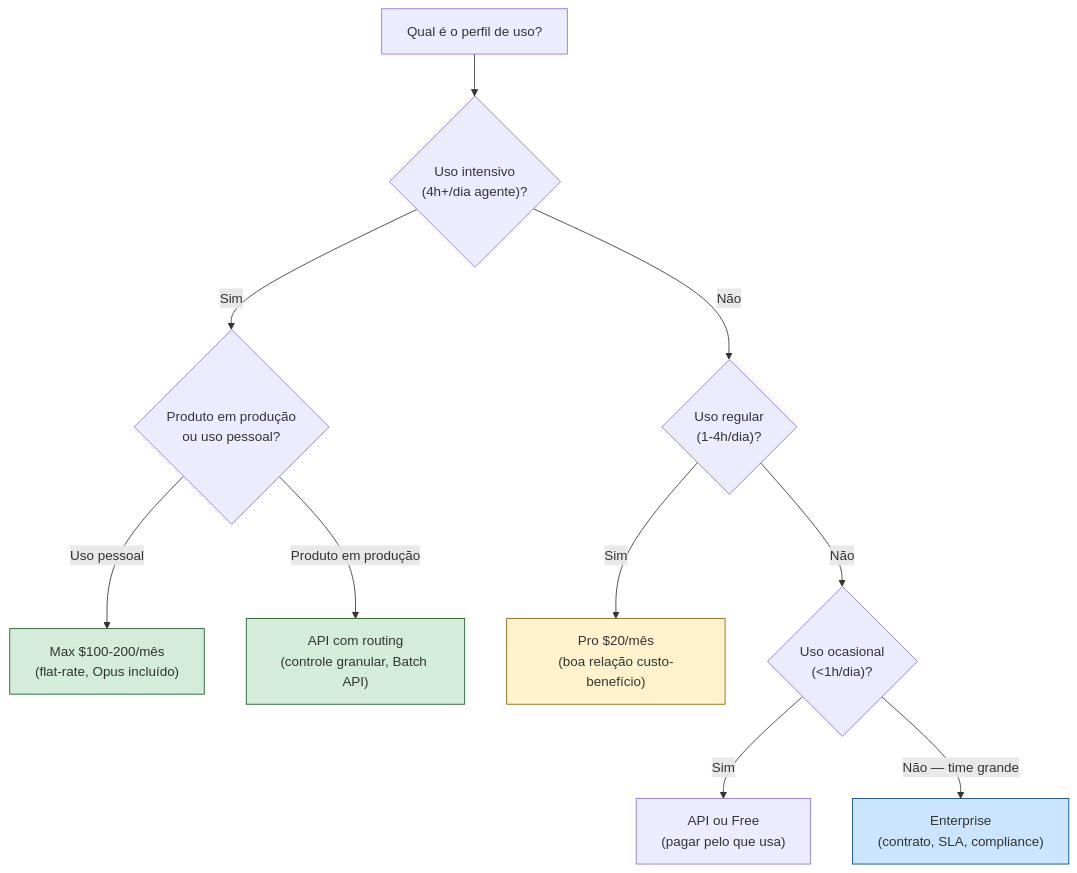
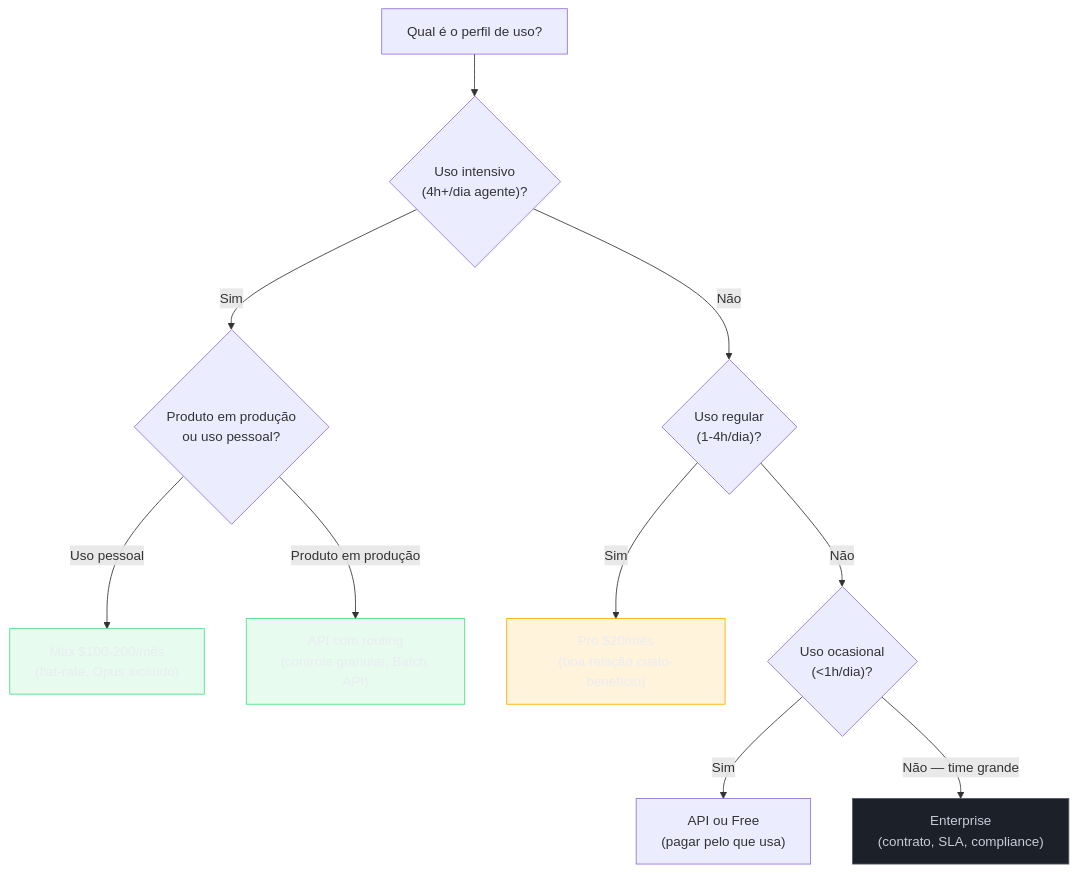
Before and after one commit to josenaldo/codex-technomanticus: the diagram in 03-Dominios/Tecnologia/IA/Economia de Tokens/19 - Planos e tiers — Max, Pro, API, Enterprise.md, drawn with Mermaid. The commit also changed 1181 other files, not shown here.

First line of the commit message:
fix(diagramas): paleta do sistema no lugar de cor cravada no markdown

````diff
--- a/03-Dominios/Tecnologia/IA/Economia de Tokens/19 - Planos e tiers — Max, Pro, API, Enterprise.md
+++ b/03-Dominios/Tecnologia/IA/Economia de Tokens/19 - Planos e tiers — Max, Pro, API, Enterprise.md
@@ -34,17 +34,20 @@
 ```mermaid
 flowchart TD
+    classDef ok fill:#4ADE8021,stroke:#4ADE80,color:#E9ECF2
+    classDef destaque fill:#FFAA0024,stroke:#FFAA00,color:#E9ECF2
+    classDef neutro fill:#1B2029,stroke:#4E5666,color:#C6CCD8
     A["Qual é o perfil de uso?"] --> B{"Uso intensivo\n(4h+/dia agente)?"}
     B -->|"Sim"| C{"Produto em produção\nou uso pessoal?"}
     C -->|"Uso pessoal"| D["Max $100-200/mês\n(flat-rate, Opus incluído)"]
     C -->|"Produto em produção"| E["API com routing\n(controle granular, Batch API)"]
     B -->|"Não"| F{"Uso regular\n(1-4h/dia)?"}
     F -->|"Sim"| G["Pro $20/mês\n(boa relação custo-benefício)"]
     F -->|"Não"| H{"Uso ocasional\n(<1h/dia)?"}
     H -->|"Sim"| I["API ou Free\n(pagar pelo que usa)"]
     H -->|"Não — time grande"| J["Enterprise\n(contrato, SLA, compliance)"]
 
-    style D fill:#d4edda,stroke:#155724
-    style E fill:#d4edda,stroke:#155724
-    style G fill:#fff3cd,stroke:#856404
-    style J fill:#cce5ff,stroke:#004085
+    class D ok
+    class E ok
+    class G destaque
+    class J neutro
 ```
````
